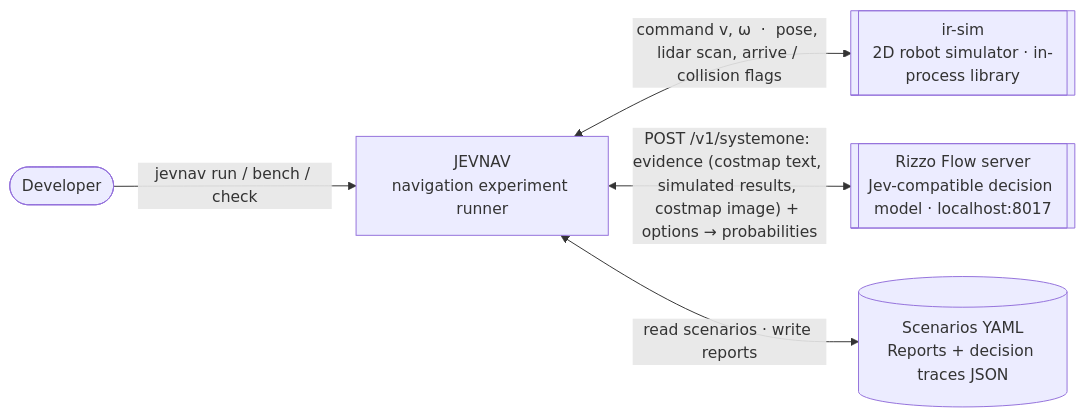
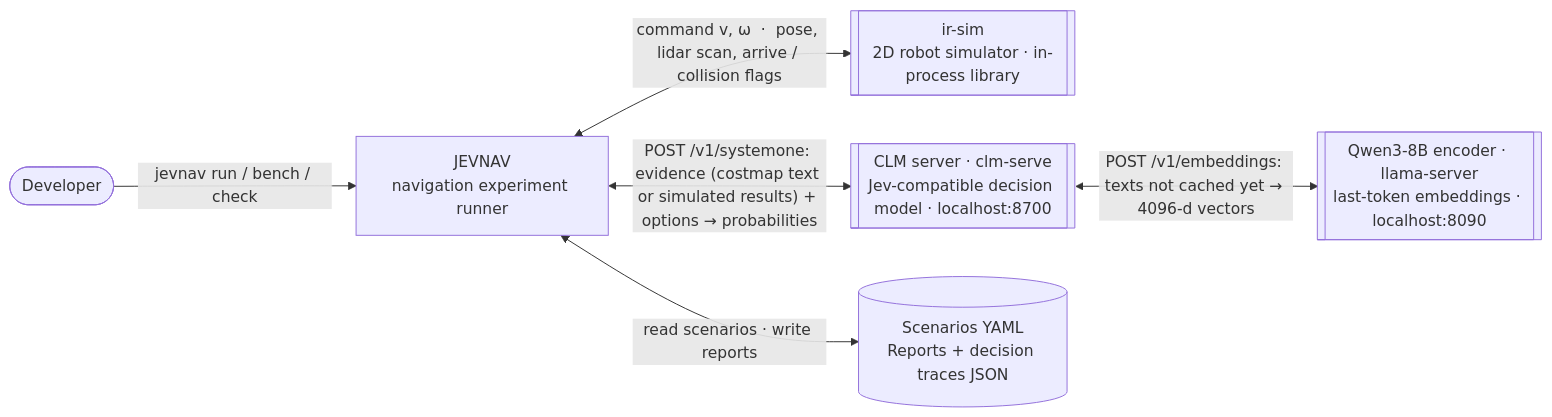
The first of 4 diagrams in .specs/architecture.md (RoboticsNetworkTrieste/JevNav), drawn with Mermaid before and after one commit. The commit also changed other lines of this file and 20 other files, not shown here.

Commit message:
change of the model to CLM

````diff
--- a/.specs/architecture.md
+++ b/.specs/architecture.md
@@ -17,13 +20,15 @@
 ```mermaid
 flowchart LR
     dev(["Developer"])
     jevnav["JEVNAV<br/>navigation experiment runner"]
     irsim[["ir-sim<br/>2D robot simulator · in-process library"]]
-    rizzo[["Rizzo Flow server<br/>Jev-compatible decision model · localhost:8017"]]
+    clm[["CLM server · clm-serve<br/>Jev-compatible decision model · localhost:8700"]]
+    enc[["Qwen3-8B encoder · llama-server<br/>last-token embeddings · localhost:8090"]]
     files[("Scenarios YAML<br/>Reports + decision traces JSON")]
 
     dev -->|"jevnav run / bench / check"| jevnav
     jevnav <-->|"command v, ω  ·  pose, lidar scan, arrive / collision flags"| irsim
-    jevnav <-->|"POST /v1/systemone: evidence (costmap text, simulated results, costmap image) + options → probabilities"| rizzo
+    jevnav <-->|"POST /v1/systemone: evidence (costmap text or simulated results) + options → probabilities"| clm
+    clm <-->|"POST /v1/embeddings: texts not cached yet → 4096-d vectors"| enc
     jevnav <-->|"read scenarios · write reports"| files
 ```
````
